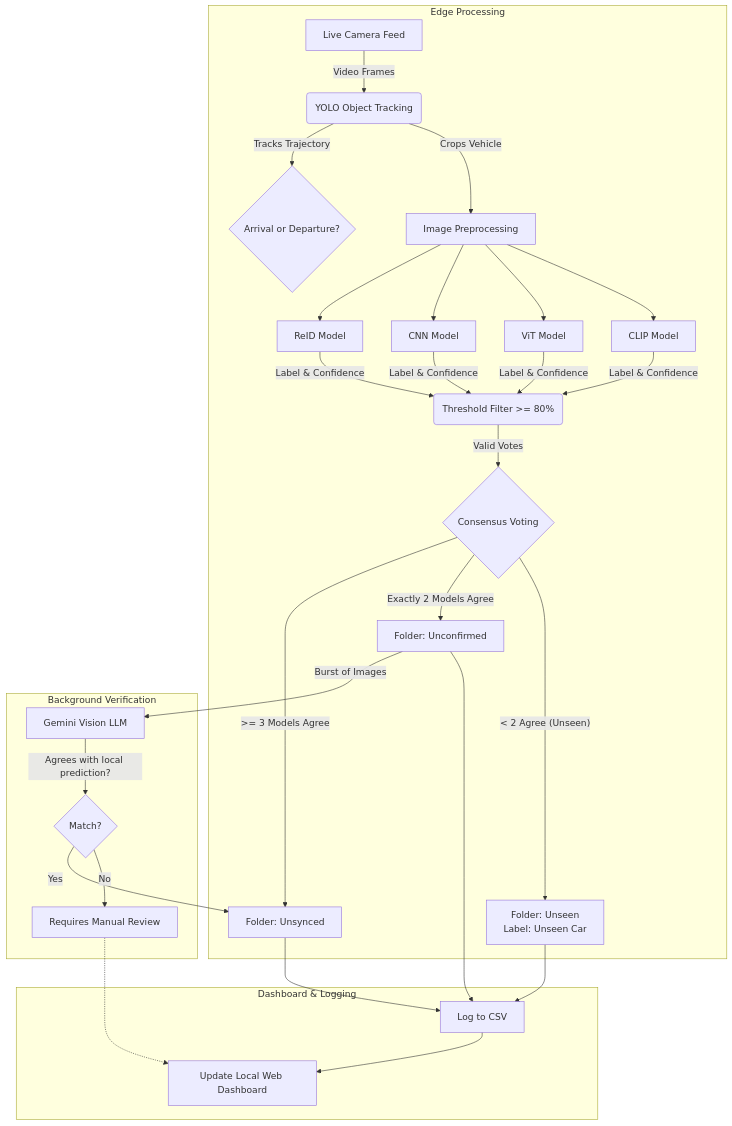
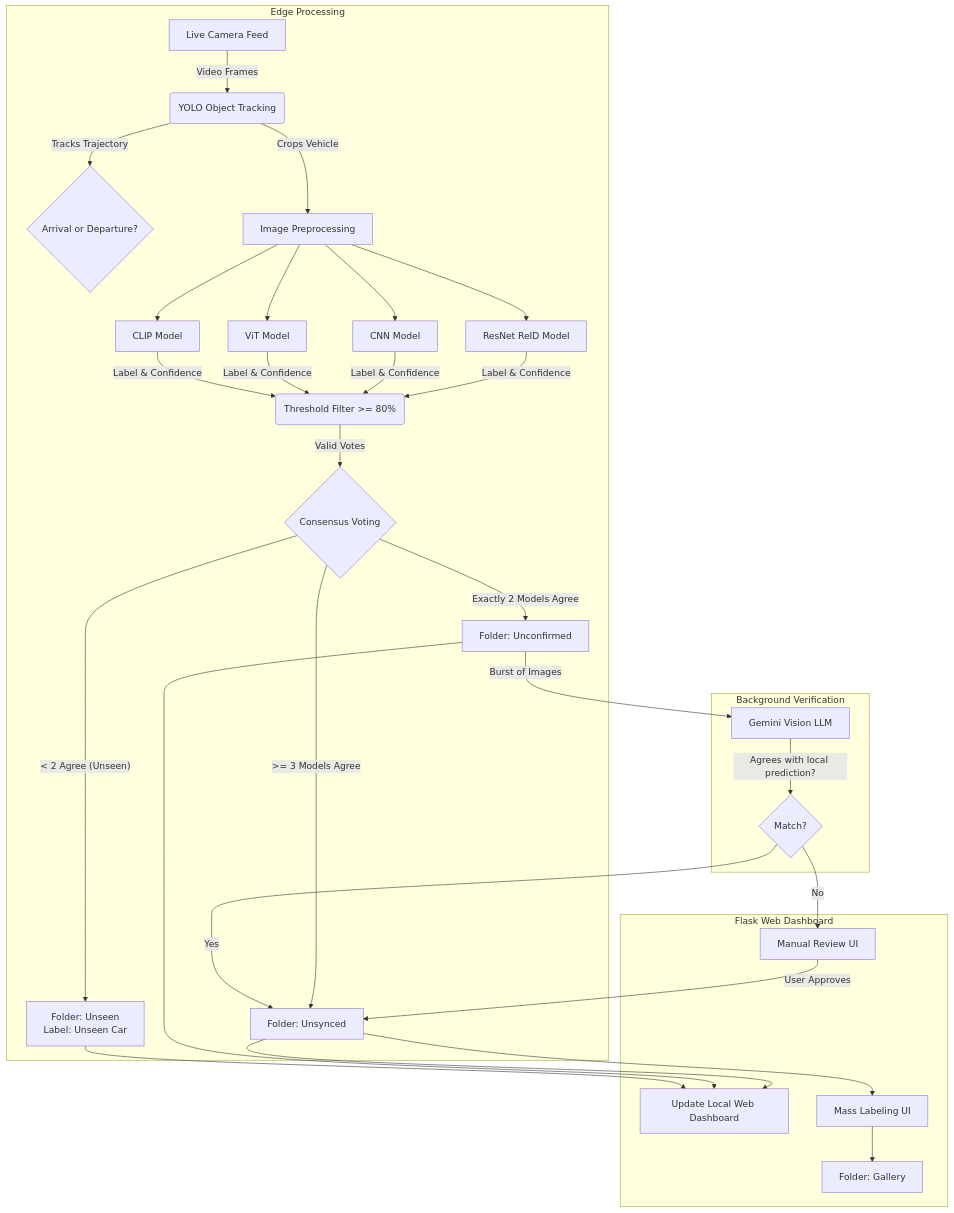
The diagram in README.md (Nuisey/CaReID), drawn with Mermaid before and after one commit. The commit also changed 1 other file, not shown here.

Commit message:
Update README diagram and YOLO tracking intervals

````diff
--- a/README.md
+++ b/README.md
@@ -47,63 +47,39 @@
 ```mermaid
 
 flowchart TD
 
-    subgraph Edge Processing
+    subgraph Edge Processing
+        A[Live Camera Feed] -->|Video Frames| B(YOLO Object Tracking)
+        B -->|Tracks Trajectory| C{Arrival or Departure?}
+        B -->|Crops Vehicle| D[Image Preprocessing]
+  
+        D --> E[ResNet ReID Model]
+        D --> F[CNN Model]
+        D --> G[ViT Model]
+        D --> H[CLIP Model]
+  
+        E & F & G & H -->|Label & Confidence| I(Threshold Filter >= 80%)
+        I -->|Valid Votes| J{Consensus Voting}
+        
+        J -- ">= 3 Models Agree" --> K[Folder: Unsynced]
+        J -- "Exactly 2 Models Agree" --> L[Folder: Unconfirmed]
+        J -- "< 2 Agree (Unseen)" --> M[Folder: Unseen\nLabel: Unseen Car]
+    end
 
-        A[Live Camera Feed] -->|Video Frames| B(YOLO Object Tracking)
-
-        B -->|Tracks Trajectory| C{Arrival or Departure?}
-
-        B -->|Crops Vehicle| D[Image Preprocessing]
-
+    subgraph Background Verification
+        L -->|Burst of Images| P[Gemini Vision LLM]
+        P -->|Agrees with local prediction?| Q{Match?}
+        Q -- Yes --> K
+    end
   
-
-        D --> E[ReID Model]
-
-        D --> F[CNN Model]
-
-        D --> G[ViT Model]
-
-        D --> H[CLIP Model]
-
-  
-
-        E & F & G & H -->|Label & Confidence| I(Threshold Filter >= 80%)
-
-        I -->|Valid Votes| J{Consensus Voting}
-
-        J -- ">= 3 Models Agree" --> K[Folder: Unsynced]
-
-        J -- "Exactly 2 Models Agree" --> L[Folder: Unconfirmed]
-
-        J -- "< 2 Agree (Unseen)" --> M[Folder: Unseen\nLabel: Unseen Car]
-
-    end
-
-  
-
-    subgraph Background Verification
-
-        L -->|Burst of Images| P[Gemini Vision LLM]
-
-        P -->|Agrees with local prediction?| Q{Match?}
-
-        Q -- Yes --> K
-
-        Q -- No --> R[Requires Manual Review]
-
-    end
-
-  
-
-    subgraph Dashboard & Logging
-
-        K & L & M --> N[Log to CSV]
-
-        N --> O[Update Local Web Dashboard]
-
-        R -.-> O
-
-    end
+    subgraph Flask Web Dashboard
+        K & L & M --> O[Update Local Web Dashboard]
+        
+        Q -- No --> R[Manual Review UI]
+        R -- User Approves --> K
+        
+        K --> S[Mass Labeling UI]
+        S --> T[Folder: Gallery]
+    end
 
 ```
````
